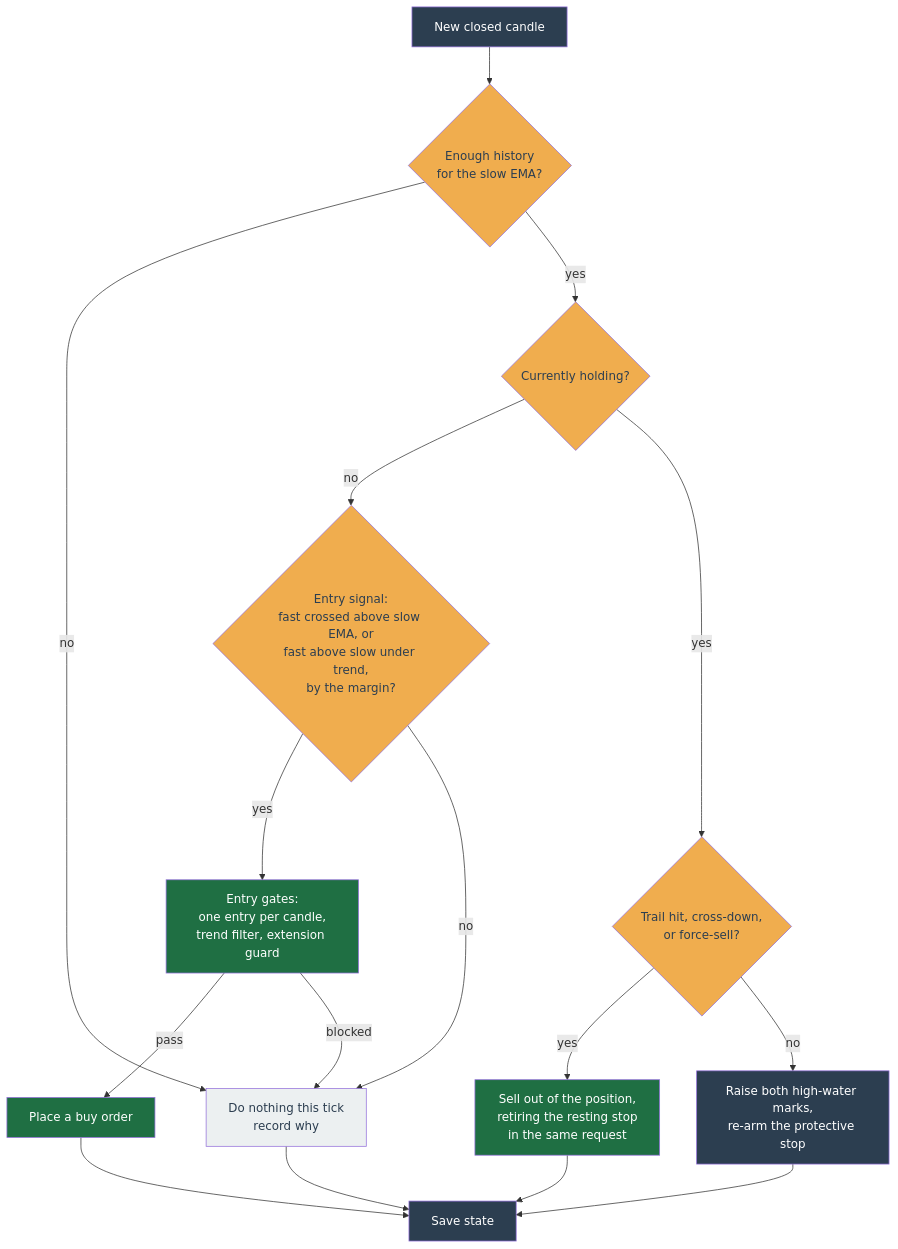
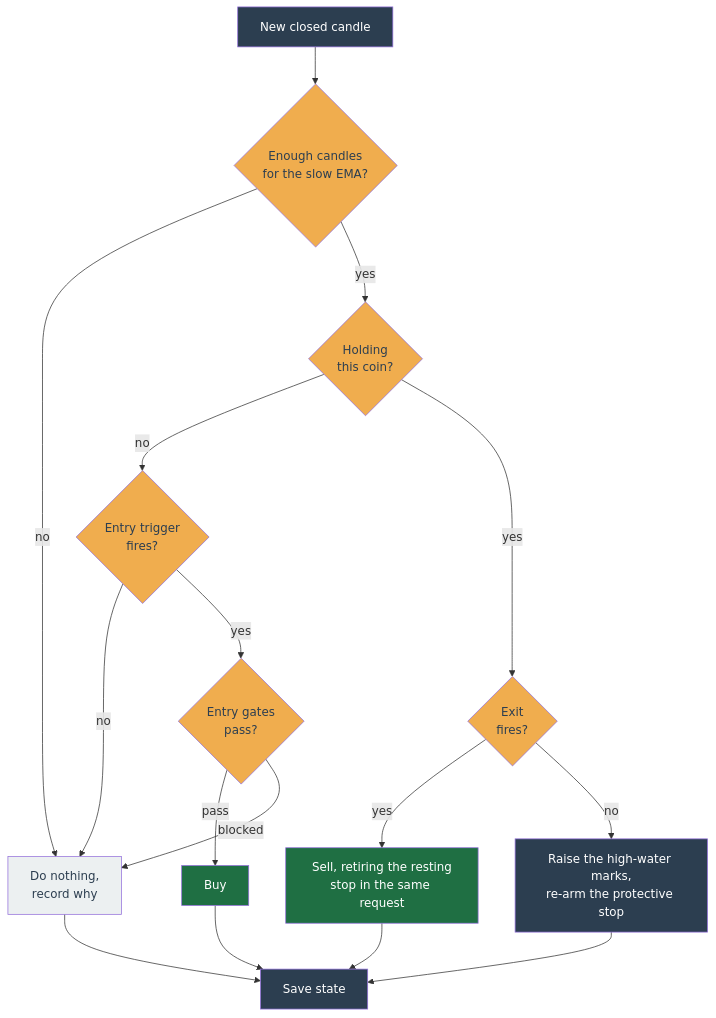
The first of 2 diagrams in docs/concepts/strategies/momentum.md (chrisleekr/binance-trading-bot), drawn with Mermaid before and after one commit. The commit also changed other lines of this file and 28 other files, not shown here.

````diff
--- a/docs/concepts/strategies/momentum.md
+++ b/docs/concepts/strategies/momentum.md
@@ -19,35 +24,31 @@
 ```mermaid
 flowchart TD
     Start["New closed candle"]:::io
-    Warm{"Enough history<br/>for the slow EMA?"}:::gate
-    Held{"Currently holding?"}:::gate
-
-    CrossUp{"Entry signal:<br/>fast crossed above slow EMA, or<br/>fast above slow under trend,<br/>by the margin?"}:::gate
-    Gates["Entry gates:<br/>one entry per candle,<br/>trend filter, extension guard"]:::core
-    Buy["Place a buy order"]:::act
-
-    Exit{"Trail hit, cross-down,<br/>or force-sell?"}:::gate
-    Sell["Sell out of the position,<br/>retiring the resting stop<br/>in the same request"]:::act
-    Ratchet["Raise both high-water marks,<br/>re-arm the protective stop"]:::io
-
-    Wait["Do nothing this tick<br/>record why"]:::wait
+    Warm{"Enough candles<br/>for the slow EMA?"}:::gate
+    Held{"Holding<br/>this coin?"}:::gate
+    Trigger{"Entry trigger<br/>fires?"}:::gate
+    Gates{"Entry gates<br/>pass?"}:::gate
+    Buy["Buy"]:::act
+    Exit{"Exit<br/>fires?"}:::gate
+    Sell["Sell, retiring the resting<br/>stop in the same request"]:::act
+    Ratchet["Raise the high-water marks,<br/>re-arm the protective stop"]:::io
+    Wait["Do nothing,<br/>record why"]:::wait
     Save["Save state"]:::io
 
     Start --> Warm
     Warm -->|no| Wait
     Warm -->|yes| Held
-    Held -->|no| CrossUp
-    CrossUp -->|yes| Gates
+    Held -->|no| Trigger
+    Trigger -->|no| Wait
+    Trigger -->|yes| Gates
     Gates -->|pass| Buy --> Save
     Gates -->|blocked| Wait --> Save
-    CrossUp -->|no| Wait
     Held -->|yes| Exit
     Exit -->|yes| Sell --> Save
     Exit -->|no| Ratchet --> Save
 
     classDef io fill:#2c3e50,color:#ffffff;
-    classDef core fill:#1f6f43,color:#ffffff;
     classDef gate fill:#f0ad4e,color:#2c3e50;
     classDef act fill:#1f6f43,color:#ffffff;
     classDef wait fill:#ecf0f1,color:#2c3e50;
 ```
````
